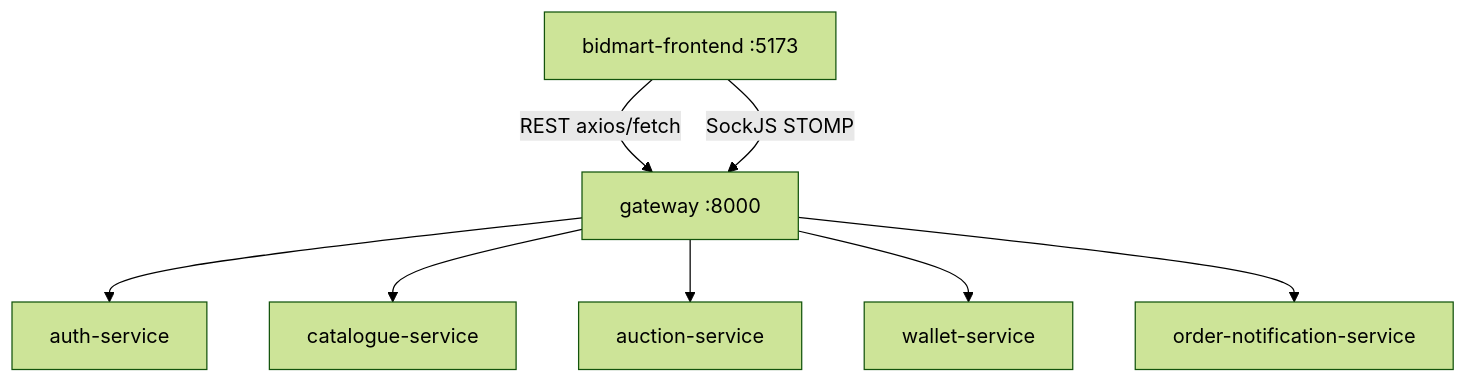
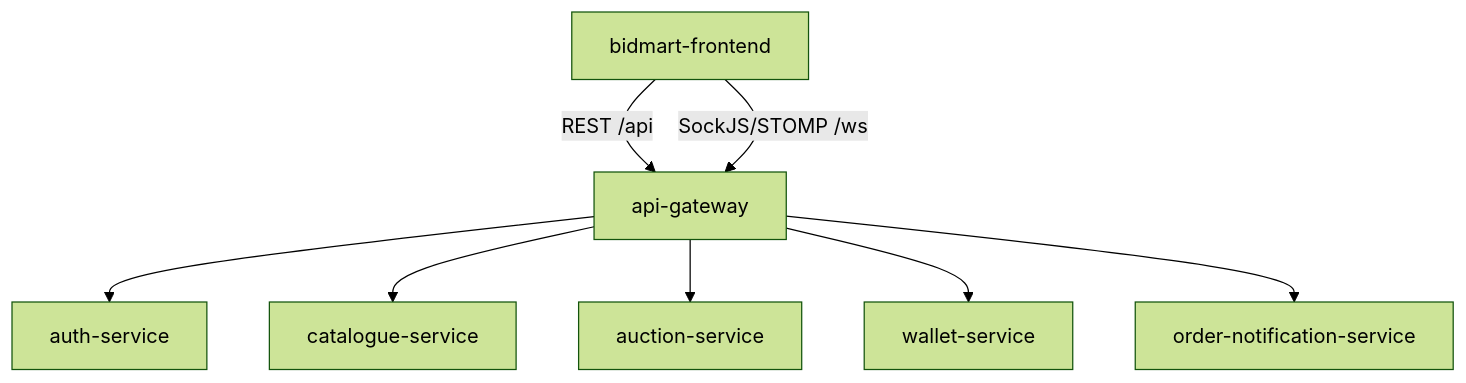
Before and after one commit to advprog-2026-A17-project/bidmart-frontend: the diagram in docs/3. Software Architecture.md, drawn with Mermaid (forest theme). The commit also changed other lines of this file and 50 other files, not shown here.

````diff
--- a/docs/3. Software Architecture.md
+++ b/docs/3. Software Architecture.md
@@ -7,11 +7,11 @@
 ```mermaid
 flowchart TB
-  UI[bidmart-frontend :5173]
-  UI -->|REST axios/fetch| GW[gateway :8000]
-  UI -->|SockJS STOMP| GW
+  UI[bidmart-frontend]
+  UI -->|REST /api| GW[api-gateway]
+  UI -->|SockJS/STOMP /ws| GW
   GW --> AUTH[auth-service]
   GW --> CAT[catalogue-service]
   GW --> AUC[auction-service]
   GW --> WAL[wallet-service]
   GW --> ORD[order-notification-service]
 ```
````
